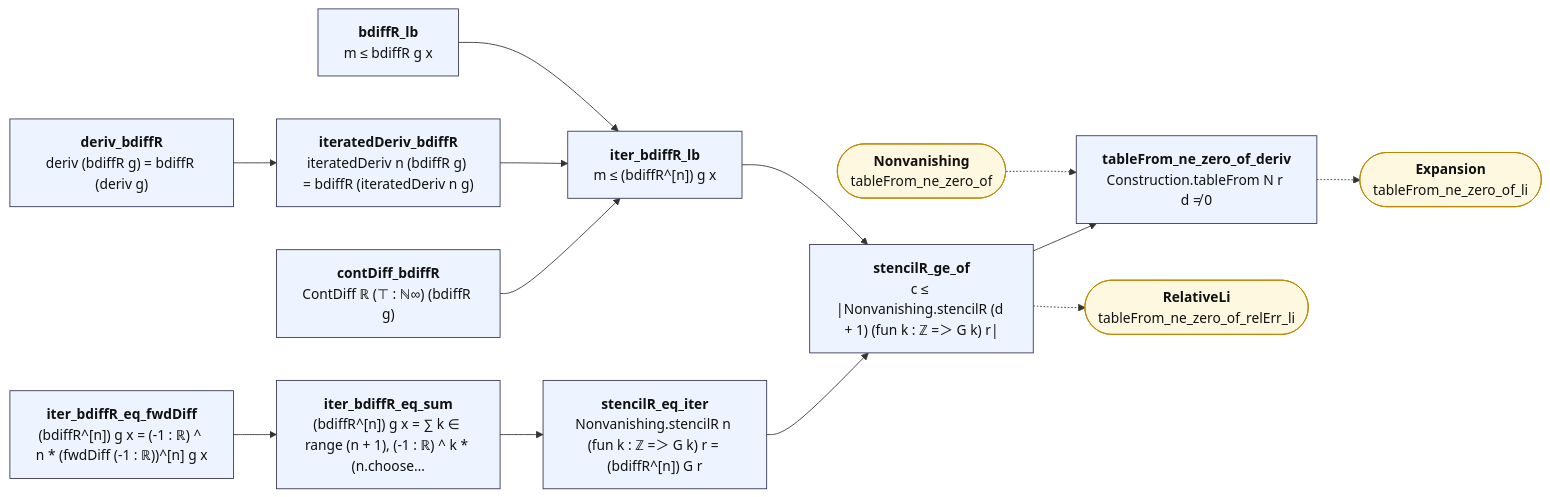
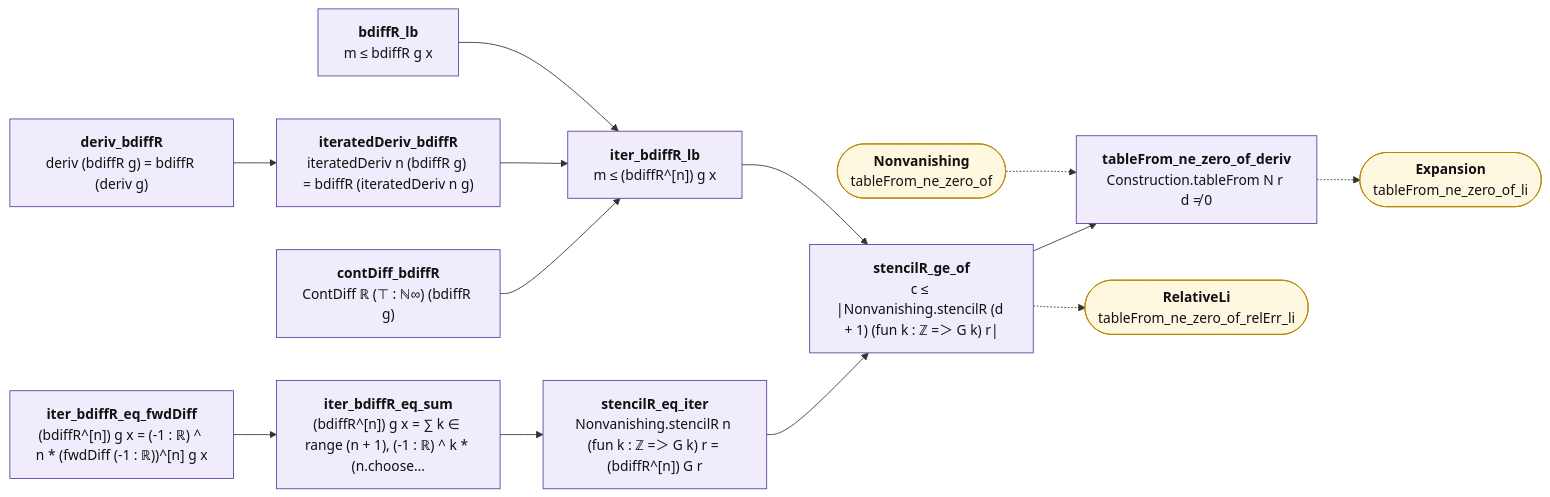
The diagram in map/lean/MainTerm.md (juliansambranojr/Primebeat_081426), drawn with Mermaid before and after one commit. The commit also changed other lines of this file and 398 other files, not shown here.

````diff
--- a/map/lean/MainTerm.md
+++ b/map/lean/MainTerm.md
@@ -12,33 +12,36 @@
 ```mermaid
 flowchart LR
-  n0["<b>iter_bdiffR_eq_fwdDiff</b><br/>(bdiffR^[n]) g x = (-1 : ℝ) ^ n * (fwdDiff (-1 : ℝ))^[n] g x"]:::thm
-  n1["<b>iter_bdiffR_eq_sum</b><br/>(bdiffR^[n]) g x = ∑ k ∈ range (n + 1), (-1 : ℝ) ^ k * (n.choose…"]:::thm
-  n2["<b>stencilR_eq_iter</b><br/>Nonvanishing.stencilR n (fun k : ℤ =＞ G k) r = (bdiffR^[n]) G r"]:::thm
-  n3["<b>deriv_bdiffR</b><br/>deriv (bdiffR g) = bdiffR (deriv g)"]:::thm
-  n4["<b>contDiff_bdiffR</b><br/>ContDiff ℝ (⊤ : ℕ∞) (bdiffR g)"]:::thm
-  n5["<b>iteratedDeriv_bdiffR</b><br/>iteratedDeriv n (bdiffR g) = bdiffR (iteratedDeriv n g)"]:::thm
-  n6["<b>bdiffR_lb</b><br/>m ≤ bdiffR g x"]:::thm
-  n7["<b>iter_bdiffR_lb</b><br/>m ≤ (bdiffR^[n]) g x"]:::thm
-  n8["<b>stencilR_ge_of</b><br/>c ≤ |Nonvanishing.stencilR (d + 1) (fun k : ℤ =＞ G k) r|"]:::thm
-  n9["<b>tableFrom_ne_zero_of_deriv</b><br/>Construction.tableFrom N r d ≠ 0"]:::thm
+  n0["<b>iter_bdiffR_eq_fwdDiff</b><br/>(bdiffR^[n]) g x = (-1 : ℝ) ^ n * (fwdDiff (-1 : ℝ))^[n] g x"]:::shp
+  n1["<b>iter_bdiffR_eq_sum</b><br/>(bdiffR^[n]) g x = ∑ k ∈ range (n + 1), (-1 : ℝ) ^ k * (n.choose…"]:::shp
+  n2["<b>stencilR_eq_iter</b><br/>Nonvanishing.stencilR n (fun k : ℤ =＞ G k) r = (bdiffR^[n]) G r"]:::shp
+  n3["<b>deriv_bdiffR</b><br/>deriv (bdiffR g) = bdiffR (deriv g)"]:::shp
+  n4["<b>contDiff_bdiffR</b><br/>ContDiff ℝ (⊤ : ℕ∞) (bdiffR g)"]:::shp
+  n5["<b>iteratedDeriv_bdiffR</b><br/>iteratedDeriv n (bdiffR g) = bdiffR (iteratedDeriv n g)"]:::shp
+  n6["<b>bdiffR_lb</b><br/>m ≤ bdiffR g x"]:::shp
+  n7["<b>iter_bdiffR_lb</b><br/>m ≤ (bdiffR^[n]) g x"]:::shp
+  n8["<b>stencilR_ge_of</b><br/>c ≤ |Nonvanishing.stencilR (d + 1) (fun k : ℤ =＞ G k) r|"]:::shp
+  n9["<b>tableFrom_ne_zero_of_deriv</b><br/>Construction.tableFrom N r d ≠ 0"]:::shp
   x0(["<b>RelativeLi</b><br/>tableFrom_ne_zero_of_relErr_li"]):::ext
   x1(["<b>Nonvanishing</b><br/>tableFrom_ne_zero_of"]):::ext
   x2(["<b>Expansion</b><br/>tableFrom_ne_zero_of_li"]):::ext
   n0 --> n1
   n1 --> n2
   n2 --> n8
   n3 --> n5
   n4 --> n7
   n5 --> n7
   n6 --> n7
   n7 --> n8
   n8 --> n9
   n8 -.-> x0
   n9 -.-> x2
   x1 -.-> n9
+  classDef cnt fill:#dff5ec,stroke:#17694a,color:#111
+  classDef shp fill:#f1ecfb,stroke:#5b3fa0,color:#111
+  classDef rh fill:#ffe5e5,stroke:#c22,color:#111,stroke-width:2px
   classDef thm fill:#eef4ff,stroke:#335,color:#111
   classDef end_ fill:#e7f7e7,stroke:#2a7,color:#111,stroke-width:2px
   classDef lone fill:#fff,stroke:#999,color:#111,stroke-dasharray:4 3
   classDef bad fill:#ffe5e5,stroke:#c22,color:#111,stroke-width:2px
   classDef ext fill:#fff8e1,stroke:#b80,color:#111
 ```
````
